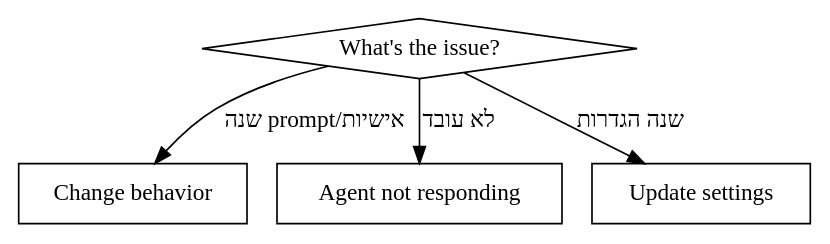
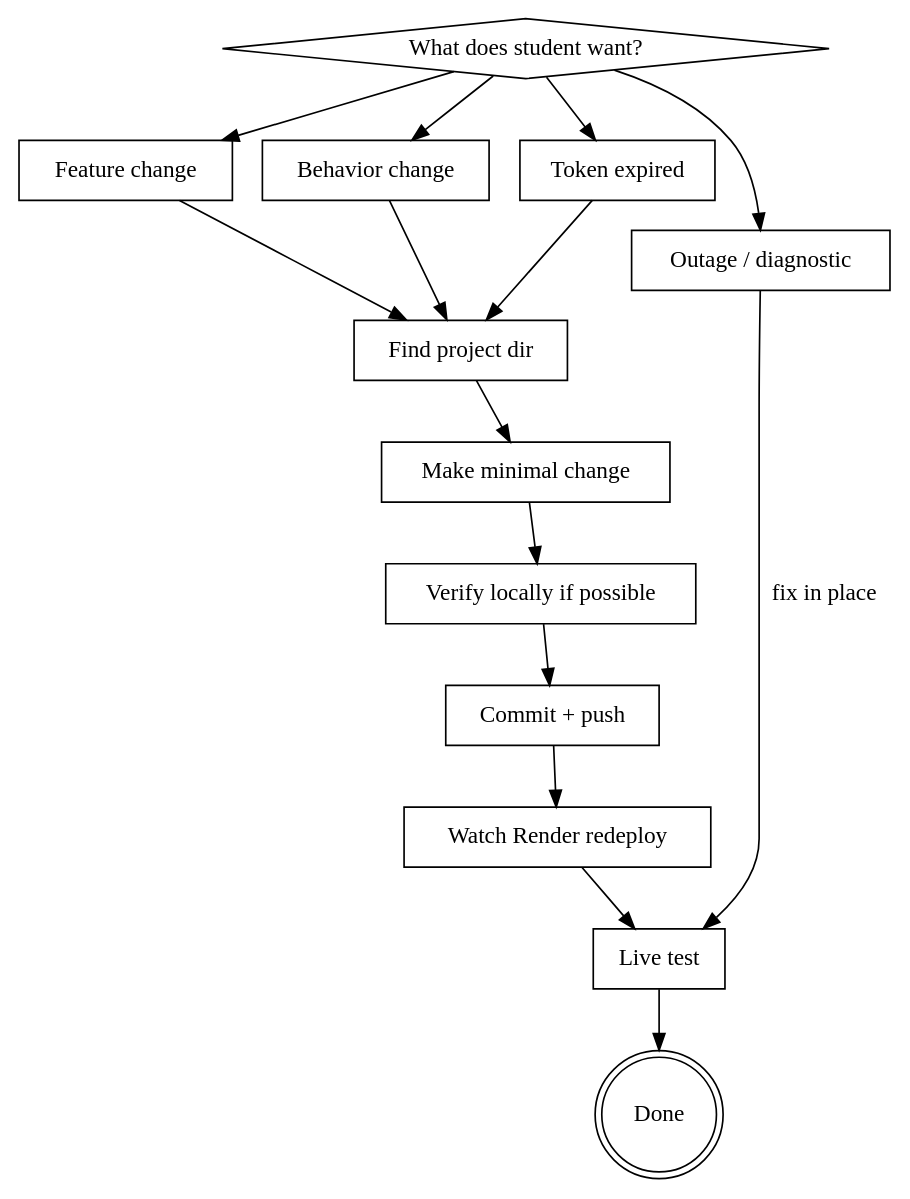
The diagram in skills/wa-maintain/SKILL.md (Asher-pro/wa-whatsapp-agent), drawn with Graphviz before and after one commit. The commit also changed other lines of this file and 25 other files, not shown here.

````diff
--- a/skills/wa-maintain/SKILL.md
+++ b/skills/wa-maintain/SKILL.md
@@ -16,13 +37,32 @@
 ```dot
-digraph diagnose {
+digraph wa_maintain {
     rankdir=TB;
-    "What's the issue?" [shape=diamond];
-    "Change behavior" [shape=box];
-    "Agent not responding" [shape=box];
-    "Update settings" [shape=box];
+    "What does student want?" [shape=diamond];
+    "Behavior change" [shape=box];
+    "Feature change" [shape=box];
+    "Outage / diagnostic" [shape=box];
+    "Token expired" [shape=box];
+    "Find project dir" [shape=box];
+    "Make minimal change" [shape=box];
+    "Verify locally if possible" [shape=box];
+    "Commit + push" [shape=box];
+    "Watch Render redeploy" [shape=box];
+    "Live test" [shape=box];
+    "Done" [shape=doublecircle];
 
-    "What's the issue?" -> "Change behavior" [label="שנה prompt/אישיות"];
-    "What's the issue?" -> "Agent not responding" [label="לא עובד"];
-    "What's the issue?" -> "Update settings" [label="שנה הגדרות"];
+    "What does student want?" -> "Behavior change";
+    "What does student want?" -> "Feature change";
+    "What does student want?" -> "Outage / diagnostic";
+    "What does student want?" -> "Token expired";
+    "Behavior change" -> "Find project dir";
+    "Feature change" -> "Find project dir";
+    "Token expired" -> "Find project dir";
+    "Find project dir" -> "Make minimal change";
+    "Make minimal change" -> "Verify locally if possible";
+    "Verify locally if possible" -> "Commit + push";
+    "Commit + push" -> "Watch Render redeploy";
+    "Watch Render redeploy" -> "Live test";
+    "Live test" -> "Done";
+    "Outage / diagnostic" -> "Live test" [label="fix in place"];
 }
 ```
````
